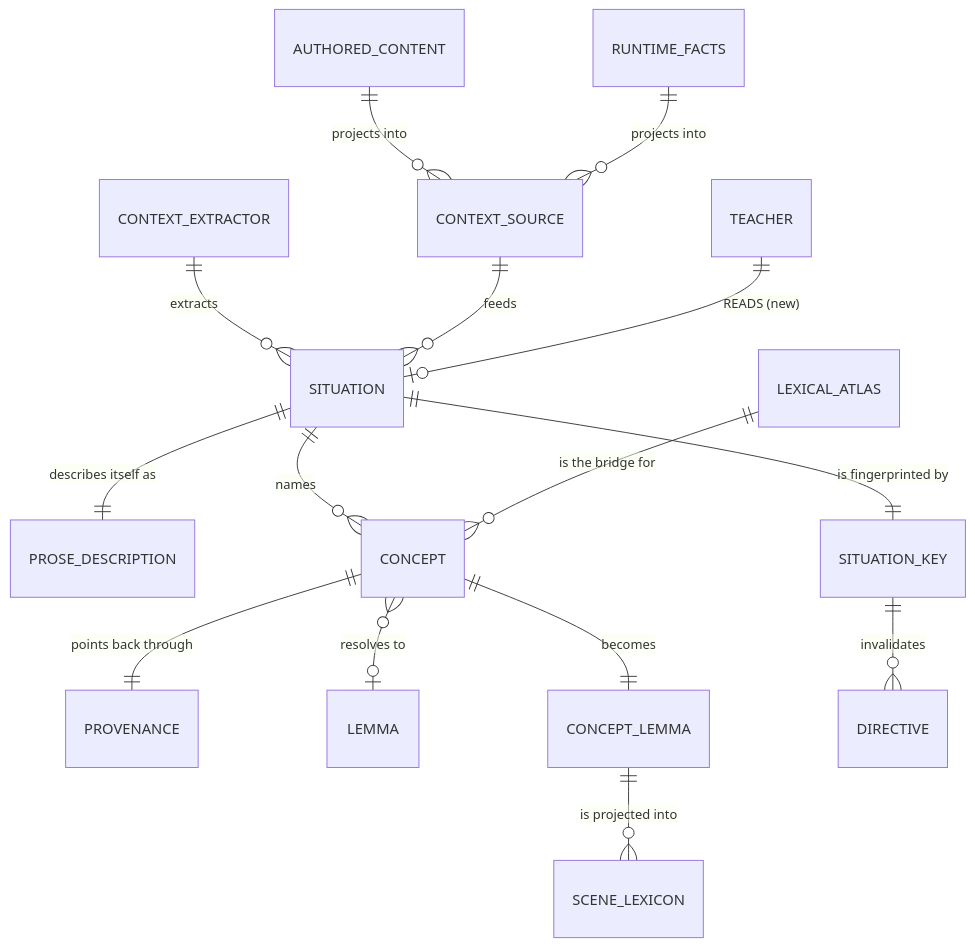
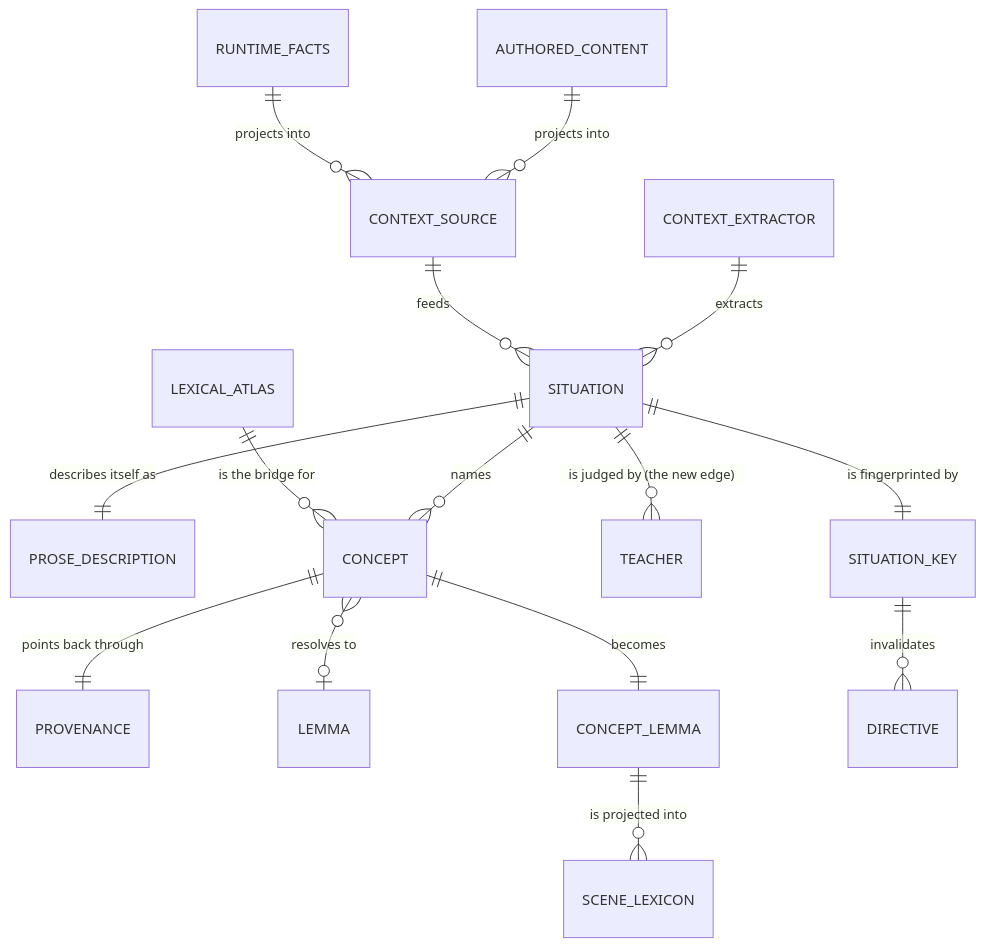
Before and after one commit to nikkileaps/sugarmagic: the first of 3 diagrams in packages/plugins/src/catalog/sugarlang/docs/api/domain-model-after-epic-090.md, drawn with Mermaid. The commit also changed other lines of this file, not shown here.

Commit message:
[docs] Teacher takes two inputs: Situation and Learner

````diff
--- a/packages/plugins/src/catalog/sugarlang/docs/api/domain-model-after-epic-090.md
+++ b/packages/plugins/src/catalog/sugarlang/docs/api/domain-model-after-epic-090.md
@@ -18,20 +18,20 @@
 ```mermaid
 erDiagram
     AUTHORED_CONTENT ||--o{ CONTEXT_SOURCE : "projects into"
     RUNTIME_FACTS ||--o{ CONTEXT_SOURCE : "projects into"
     CONTEXT_EXTRACTOR ||--o{ SITUATION : "extracts"
     CONTEXT_SOURCE ||--o{ SITUATION : "feeds"
 
     SITUATION ||--|| PROSE_DESCRIPTION : "describes itself as"
     SITUATION ||--o{ CONCEPT : "names"
     CONCEPT ||--|| PROVENANCE : "points back through"
     CONCEPT }o--o| LEMMA : "resolves to"
     LEXICAL_ATLAS ||--o{ CONCEPT : "is the bridge for"
 
     CONCEPT_LEMMA ||--o{ SCENE_LEXICON : "is projected into"
     CONCEPT ||--|| CONCEPT_LEMMA : "becomes"
 
-    TEACHER ||--o| SITUATION : "READS (new)"
+    SITUATION ||--o{ TEACHER : "is judged by (the new edge)"
     SITUATION ||--|| SITUATION_KEY : "is fingerprinted by"
     SITUATION_KEY ||--o{ DIRECTIVE : "invalidates"
 ```
````
